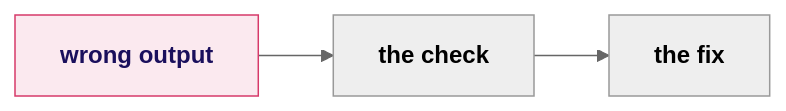
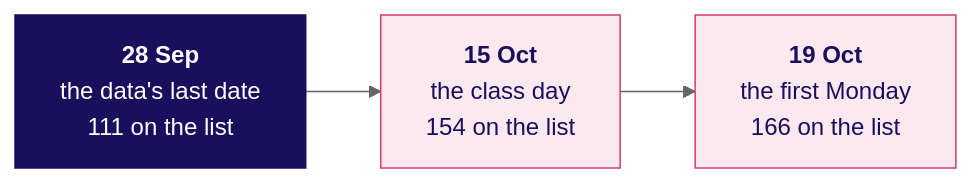
One commit to fde-academy-lab/c2-content-factory changed the fourth of 7 diagrams in content/W02/D4/slides/C2_W02_D04_half2_STUDENT.md. Above: the diagram before and after it, drawn with Mermaid (neutral theme). The commit also changed other lines of this file and 4 other files, not shown here.

First line of the commit message:
W02 D4 decks after the depth loop: every predict on its slide, chapters within 10 to 14 slides, chapter 4's thinking picture, speed as measured, the data's age beside the win-back list, map slides named for their stakeholder; day sheet renumbered to match

````diff
--- a/content/W02/D4/slides/C2_W02_D04_half2_STUDENT.md
+++ b/content/W02/D4/slides/C2_W02_D04_half2_STUDENT.md
@@ -437,6 +417,9 @@
 ```mermaid
 flowchart LR
-    W["<b>wrong output</b>"] --> C["<b>the check</b>"] --> F["<b>the fix</b>"]
+    A["<b>28 Sep</b><br/>the data's last date<br/>111 on the list"] --> B["<b>15 Oct</b><br/>the class day<br/>154 on the list"]
+    B --> C["<b>19 Oct</b><br/>the first Monday<br/>166 on the list"]
+    classDef bet fill:#1A0F5C,stroke:#1A0F5C,color:#FFFFFF
     classDef bad fill:#FBE9EF,stroke:#D63A6A,color:#1A0F5C
-    class W bad
+    class A bet
+    class B,C bad
 ```
````
